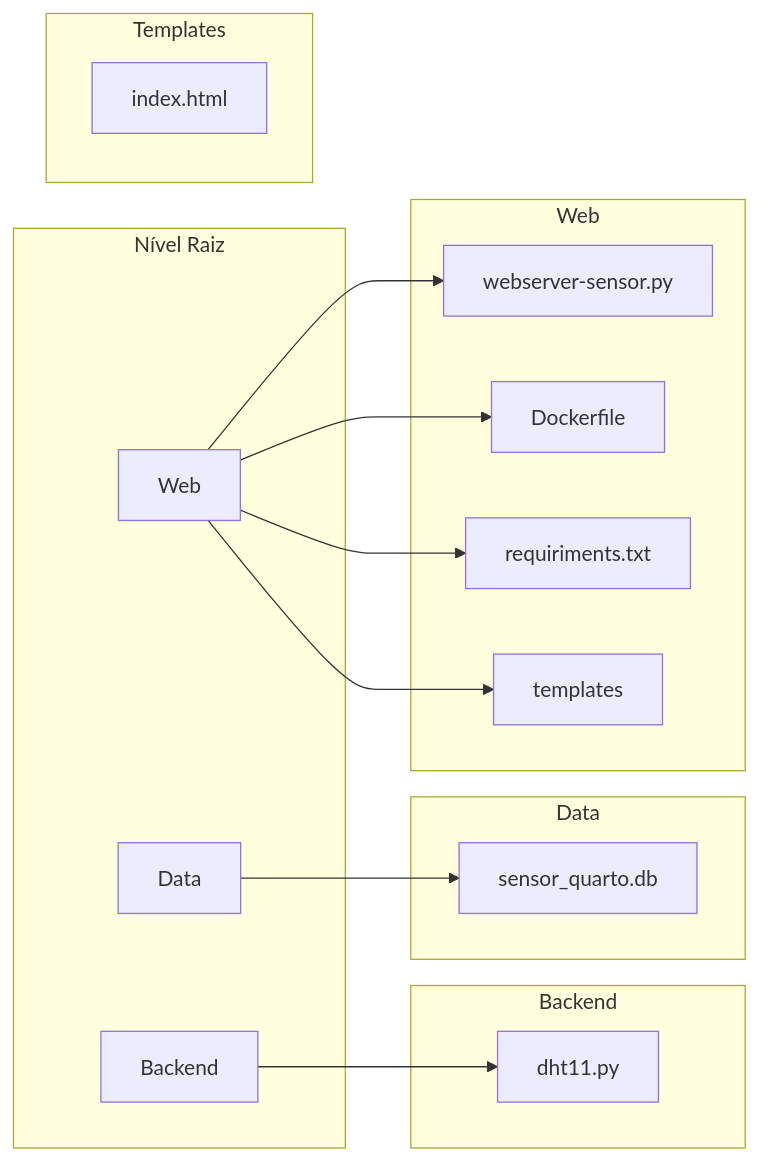
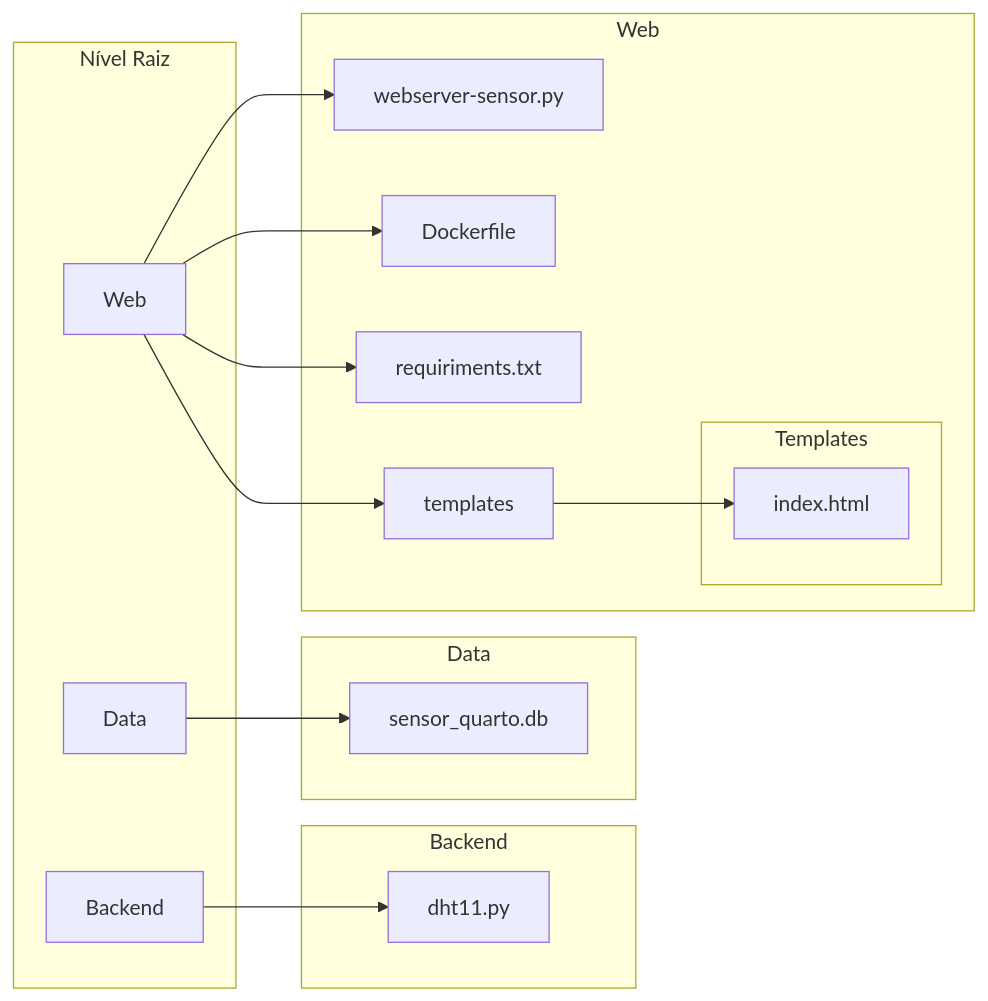
One commit to EngNunes/sensor-temp-dht11 changed the diagram in readme.md. Above: the diagram before and after it, drawn with Mermaid.

Commit message:
fix mermaid file

````diff
--- a/readme.md
+++ b/readme.md
@@ -4,34 +4,35 @@
 ```mermaid 
 graph LR
   subgraph Nível Raiz
     data[Data]
     web[Web]
     backend[Backend]
   end
 
   subgraph Backend
     dht11.py[dht11.py]
   end
 
   subgraph Data
     sensor_quarto.db[sensor_quarto.db]
   end
 
   subgraph Web
     webserver-sensor.py[webserver-sensor.py]
     dockerfile[Dockerfile]
     requiriments.txt[requiriments.txt]
     templates[templates]
+    subgraph Templates
+        index.html[index.html]
+    end
   end
 
-  subgraph Templates
-    index.html[index.html]
-  end
 
   data --> sensor_quarto.db
   web --> webserver-sensor.py
   web --> dockerfile
   web --> requiriments.txt
   web --> templates
   backend --> dht11.py
+  templates --> index.html
 ```
````
